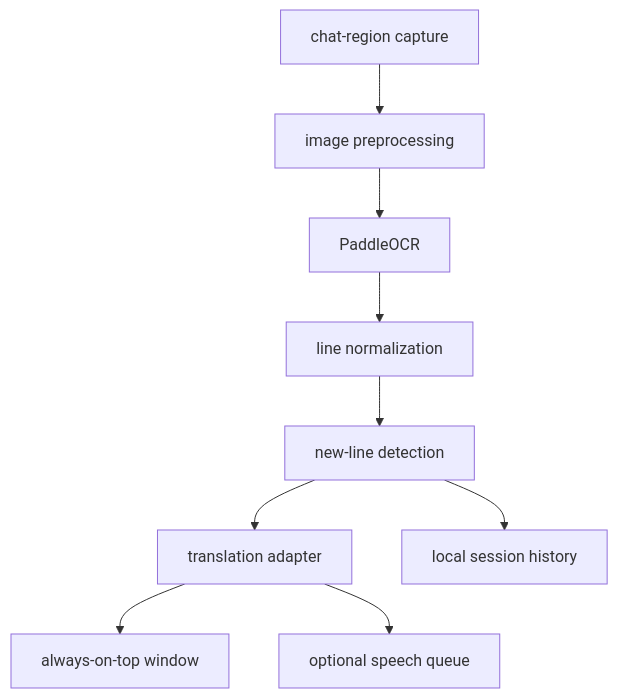
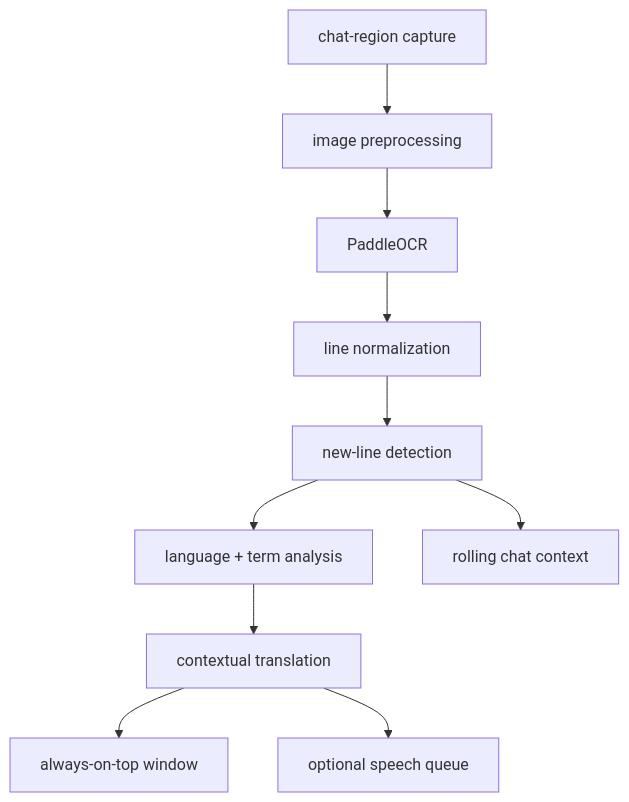
Before and after one commit to kazoogh/chat-translator: the diagram in project_architecture.md, drawn with Mermaid. The commit also changed other lines of this file, not shown here.

Commit message:
docs: expand multilingual contextual translation architecture

````diff
--- a/project_architecture.md
+++ b/project_architecture.md
@@ -65,11 +77,12 @@
 ```mermaid
 flowchart TD
     A["chat-region capture"] --> B["image preprocessing"]
     B --> C["PaddleOCR"]
     C --> D["line normalization"]
     D --> E["new-line detection"]
-    E --> F["translation adapter"]
-    F --> G["always-on-top window"]
-    F --> H["optional speech queue"]
-    E --> I["local session history"]
+    E --> F["language + term analysis"]
+    F --> G["contextual translation"]
+    G --> H["always-on-top window"]
+    G --> I["optional speech queue"]
+    E --> J["rolling chat context"]
 ```
````
